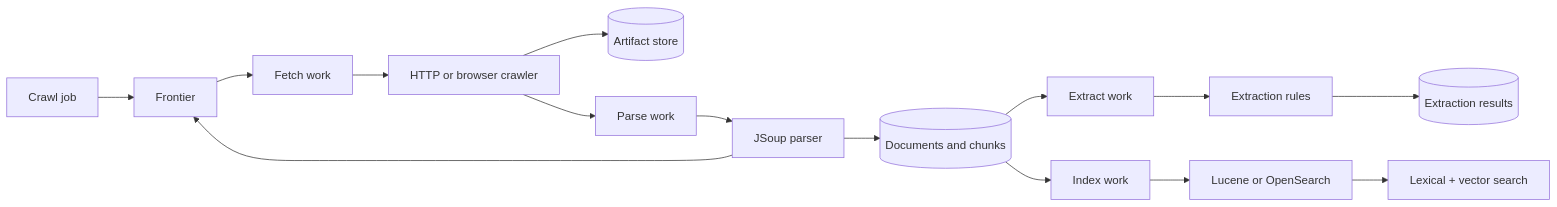
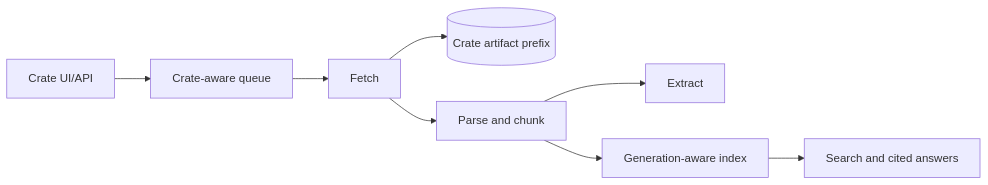
One commit to wenisch-tech/ContextCrate changed the diagram in README.md. Above: the diagram before and after it, drawn with Mermaid. The commit also changed other lines of this file and 288 other files, not shown here.

````diff
--- a/README.md
+++ b/README.md
@@ -28,17 +41,10 @@
 ```mermaid
 flowchart LR
-  J[Crawl job] --> F[Frontier]
-  F --> W1[Fetch work]
-  W1 --> C[HTTP or browser crawler]
-  C --> A[(Artifact store)]
-  C --> W2[Parse work]
-  W2 --> P[JSoup parser]
-  P --> D[(Documents and chunks)]
-  P --> F
-  D --> W3[Extract work]
-  W3 --> E[Extraction rules]
-  E --> R[(Extraction results)]
-  D --> W4[Index work]
-  W4 --> I[Lucene or OpenSearch]
-  I --> S[Lexical + vector search]
+  C[Crate UI/API] --> Q[Crate-aware queue]
+  Q --> F[Fetch]
+  F --> A[(Crate artifact prefix)]
+  F --> P[Parse and chunk]
+  P --> E[Extract]
+  P --> I[Generation-aware index]
+  I --> S[Search and cited answers]
 ```
````
